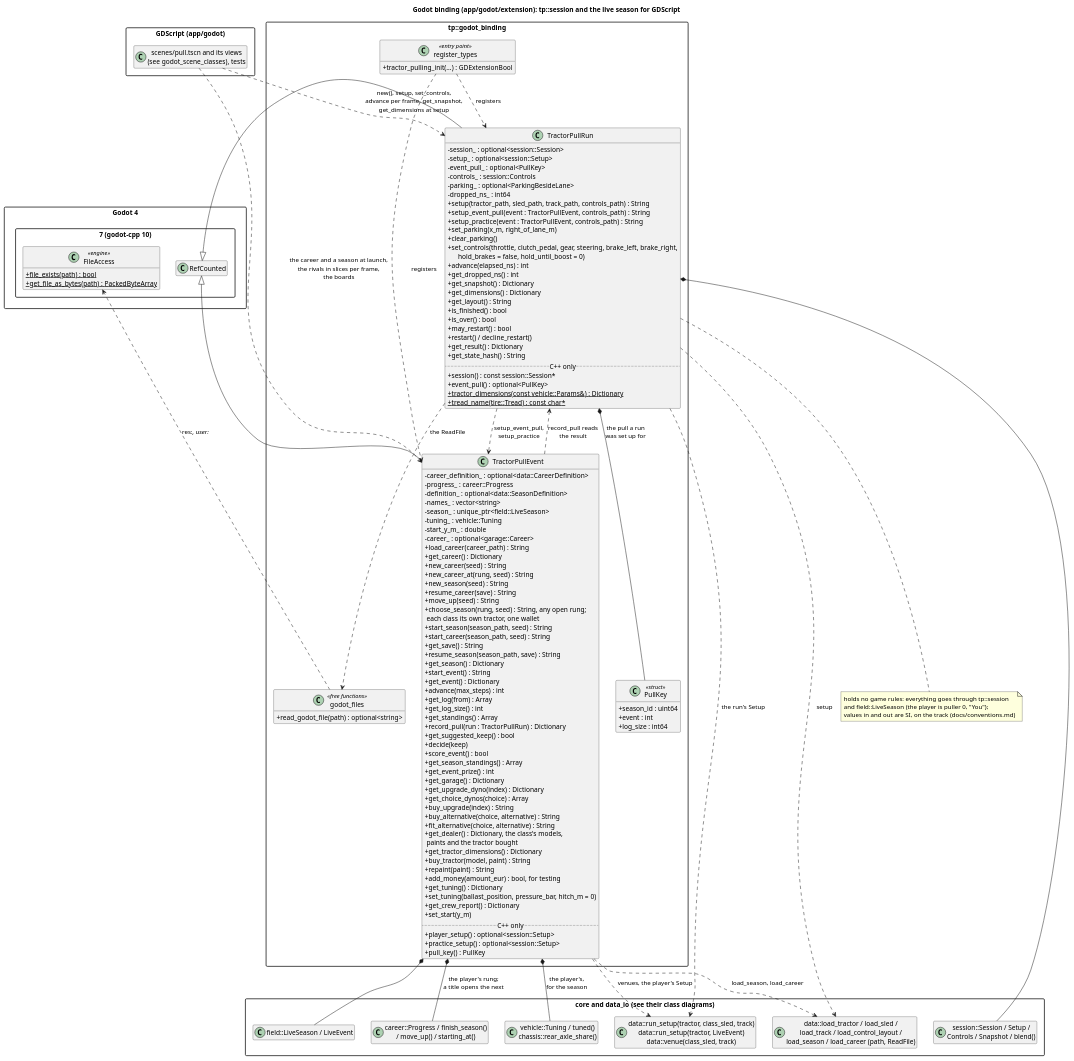
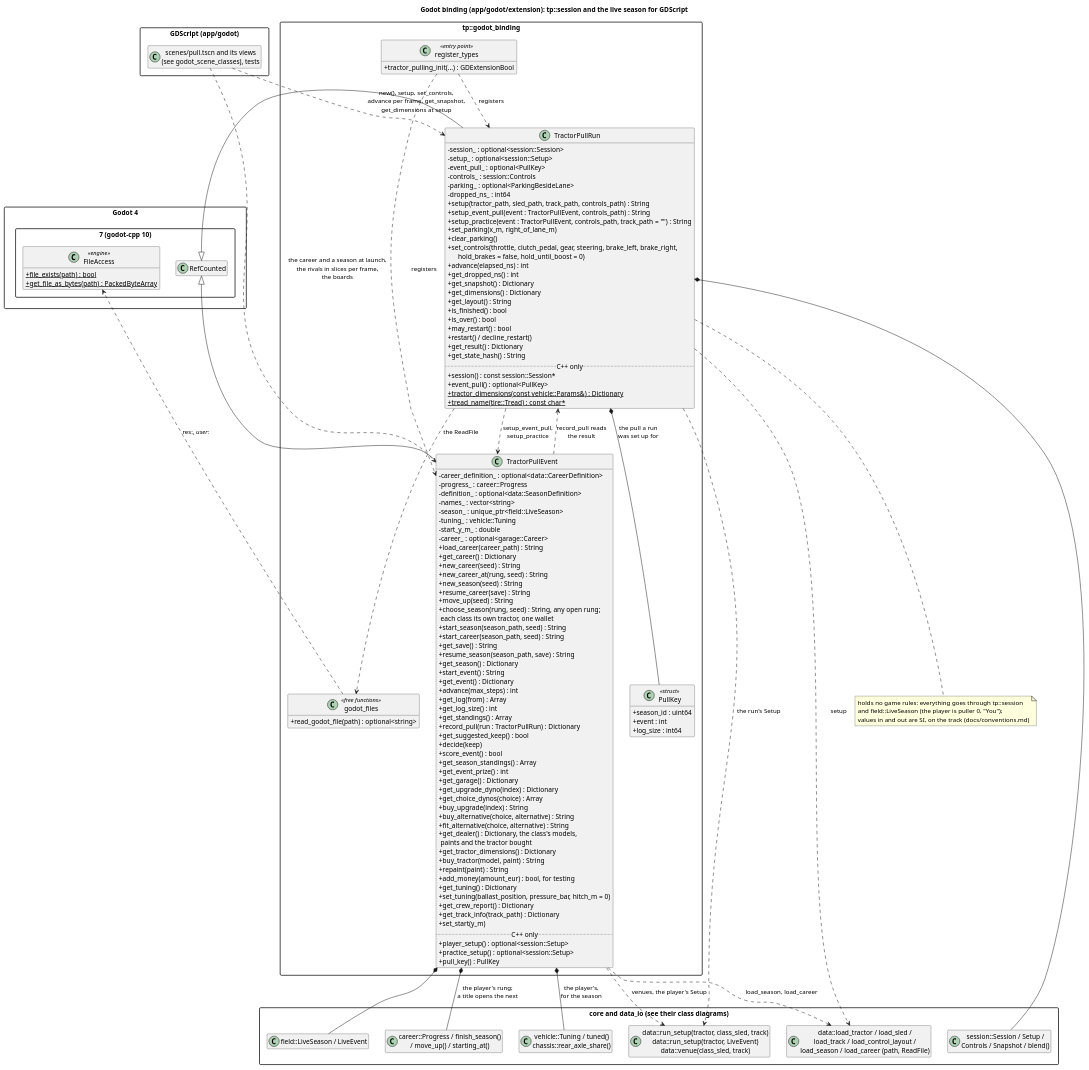
Before and after one commit to wversteeg/TractorPulling: the diagram in docs/diagrams/godot_classes.puml, drawn with PlantUML. The commit also changed 13 other files, not shown here.

First line of the commit message:
Practice on any track: pick the track on the setup screen

```diff
--- a/docs/diagrams/godot_classes.puml
+++ b/docs/diagrams/godot_classes.puml
@@ -1,150 +1,151 @@
 @startuml godot_classes
 title Godot binding (app/godot/extension): tp::session and the live season for GDScript
 hide empty members
 skinparam packageStyle rectangle
 skinparam classAttributeIconSize 0
 
 package "Godot 4.7 (godot-cpp 10)" {
   class RefCounted
   class FileAccess <<engine>> {
     +{static} file_exists(path) : bool
     +{static} get_file_as_bytes(path) : PackedByteArray
   }
 }
 
 package "tp::godot_binding" {
   class TractorPullRun {
     -session_ : optional<session::Session>
     -setup_ : optional<session::Setup>
     -event_pull_ : optional<PullKey>
     -controls_ : session::Controls
     -parking_ : optional<ParkingBesideLane>
     -dropped_ns_ : int64
     +setup(tractor_path, sled_path, track_path, controls_path) : String
     +setup_event_pull(event : TractorPullEvent, controls_path) : String
-    +setup_practice(event : TractorPullEvent, controls_path) : String
+    +setup_practice(event : TractorPullEvent, controls_path, track_path = "") : String
     +set_parking(x_m, right_of_lane_m)
     +clear_parking()
     +set_controls(throttle, clutch_pedal, gear, steering, brake_left, brake_right,\n      hold_brakes = false, hold_until_boost = 0)
     +advance(elapsed_ns) : int
     +get_dropped_ns() : int
     +get_snapshot() : Dictionary
     +get_dimensions() : Dictionary
     +get_layout() : String
     +is_finished() : bool
     +is_over() : bool
     +may_restart() : bool
     +restart() / decline_restart()
     +get_result() : Dictionary
     +get_state_hash() : String
     ..C++ only..
     +session() : const session::Session*
     +event_pull() : optional<PullKey>
     +{static} tractor_dimensions(const vehicle::Params&) : Dictionary
     +{static} tread_name(tire::Tread) : const char*
   }
   class TractorPullEvent {
     -career_definition_ : optional<data::CareerDefinition>
     -progress_ : career::Progress
     -definition_ : optional<data::SeasonDefinition>
     -names_ : vector<string>
     -season_ : unique_ptr<field::LiveSeason>
     -tuning_ : vehicle::Tuning
     -start_y_m_ : double
     -career_ : optional<garage::Career>
     +load_career(career_path) : String
     +get_career() : Dictionary
     +new_career(seed) : String
     +new_career_at(rung, seed) : String
     +new_season(seed) : String
     +resume_career(save) : String
     +move_up(seed) : String
     +choose_season(rung, seed) : String, any open rung;\n each class its own tractor, one wallet
     +start_season(season_path, seed) : String
     +start_career(season_path, seed) : String
     +get_save() : String
     +resume_season(season_path, save) : String
     +get_season() : Dictionary
     +start_event() : String
     +get_event() : Dictionary
     +advance(max_steps) : int
     +get_log(from) : Array
     +get_log_size() : int
     +get_standings() : Array
     +record_pull(run : TractorPullRun) : Dictionary
     +get_suggested_keep() : bool
     +decide(keep)
     +score_event() : bool
     +get_season_standings() : Array
     +get_event_prize() : int
     +get_garage() : Dictionary
     +get_upgrade_dyno(index) : Dictionary
     +get_choice_dynos(choice) : Array
     +buy_upgrade(index) : String
     +buy_alternative(choice, alternative) : String
     +fit_alternative(choice, alternative) : String
     +get_dealer() : Dictionary, the class's models,\n paints and the tractor bought
     +get_tractor_dimensions() : Dictionary
     +buy_tractor(model, paint) : String
     +repaint(paint) : String
     +add_money(amount_eur) : bool, for testing
     +get_tuning() : Dictionary
     +set_tuning(ballast_position, pressure_bar, hitch_m = 0)
     +get_crew_report() : Dictionary
+    +get_track_info(track_path) : Dictionary
     +set_start(y_m)
     ..C++ only..
     +player_setup() : optional<session::Setup>
     +practice_setup() : optional<session::Setup>
     +pull_key() : PullKey
   }
   class PullKey <<struct>> {
     +season_id : uint64
     +event : int
     +log_size : int64
   }
   TractorPullRun *-- PullKey : the pull a run\nwas set up for
   class "godot_files" as Files <<free functions>> {
     +read_godot_file(path) : optional<string>
   }
   class "register_types" as Register <<entry point>> {
     +tractor_pulling_init(...) : GDExtensionBool
   }
 }
 
 package "core and data_io (see their class diagrams)" {
   class "session::Session / Setup /\nControls / Snapshot / blend()" as Session
   class "data::load_tractor / load_sled /\nload_track / load_control_layout /\nload_season / load_career (path, ReadFile)" as Loaders
   class "data::run_setup(tractor, class_sled, track)\ndata::run_setup(tractor, LiveEvent)\ndata::venue(class_sled, track)" as RunSetup
   class "field::LiveSeason / LiveEvent" as Live
   class "career::Progress / finish_season()\n/ move_up() / starting_at()" as Career
   class "vehicle::Tuning / tuned()\nchassis::rear_axle_share()" as Tuning
 }
 
 package "GDScript (app/godot)" {
   class "scenes/pull.tscn and its views\n(see godot_scene_classes), tests" as Scripts
 }
 
 RefCounted <|-- TractorPullRun
 RefCounted <|-- TractorPullEvent
 Register ..> TractorPullRun : registers
 Register ..> TractorPullEvent : registers
 TractorPullEvent *-- Live
 TractorPullEvent *-- Tuning : the player's,\nfor the season
 TractorPullEvent ..> Loaders : load_season, load_career
 TractorPullEvent *-- Career : the player's rung;\na title opens the next
 TractorPullEvent ..> RunSetup : venues, the player's Setup
 TractorPullRun ..> TractorPullEvent : setup_event_pull,\nsetup_practice
 TractorPullEvent ..> TractorPullRun : record_pull reads\nthe result
 TractorPullRun *-- Session
 TractorPullRun ..> Loaders : setup
 TractorPullRun ..> RunSetup : the run's Setup
 TractorPullRun ..> Files : the ReadFile
 Files ..> FileAccess : res://, user://
 Scripts ..> TractorPullRun : new(), setup, set_controls,\nadvance per frame, get_snapshot,\nget_dimensions at setup
 Scripts ..> TractorPullEvent : the career and a season at launch,\nthe rivals in slices per frame,\nthe boards
 note bottom of TractorPullRun
   holds no game rules: everything goes through tp::session
   and field::LiveSeason (the player is puller 0, "You");
   values in and out are SI, on the track (docs/conventions.md)
 end note
 @enduml
```
